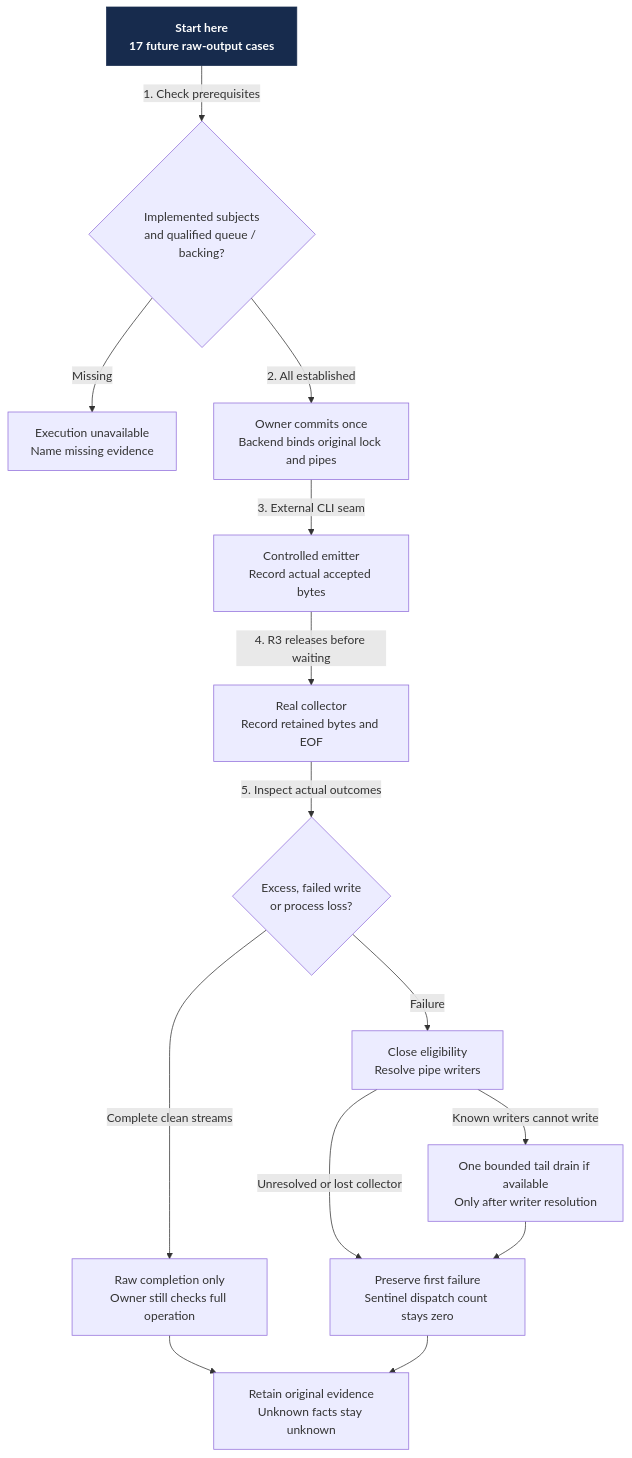
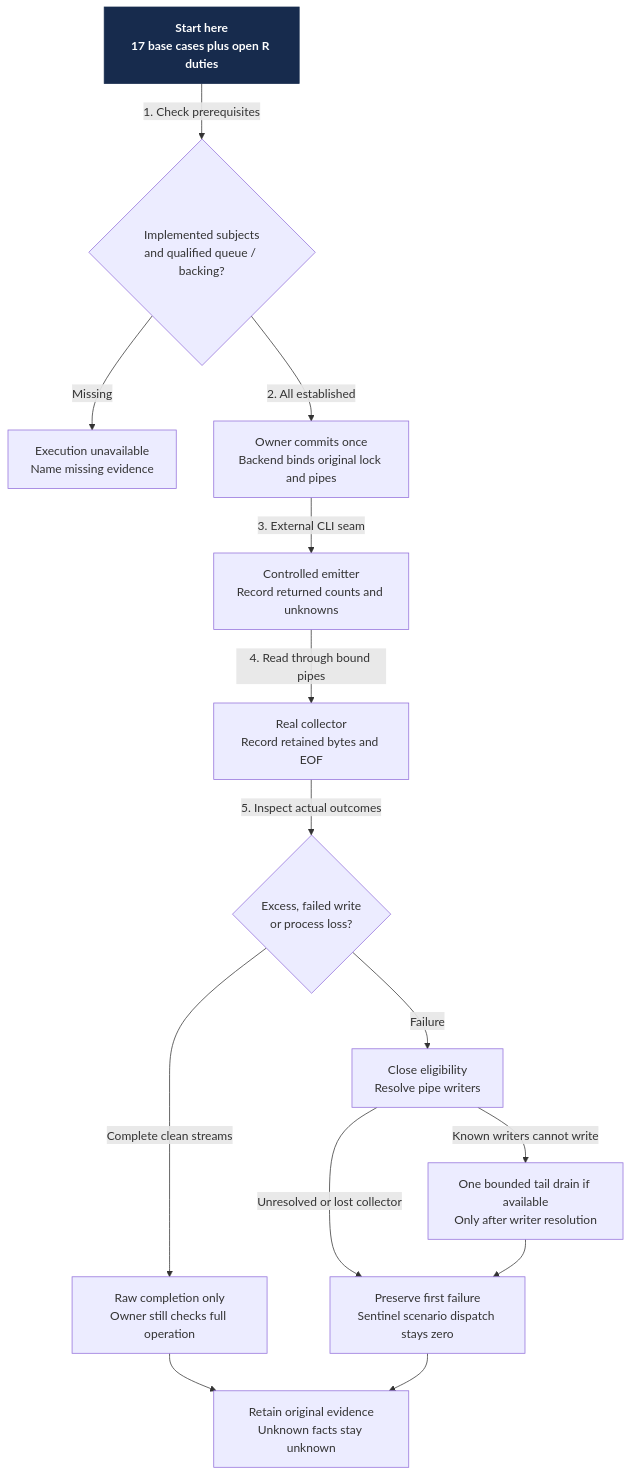
Before and after one commit to Linkuistics/Koine: the diagram in docs/design/architecture/settings-activation/keepalive-raw-controls.mmd, drawn with Mermaid. The commit also changed 9 other files, not shown here.

```diff
--- a/docs/design/architecture/settings-activation/keepalive-raw-controls.mmd
+++ b/docs/design/architecture/settings-activation/keepalive-raw-controls.mmd
@@ -1,27 +1,27 @@
 flowchart TD
-    entry["Start here<br/>17 future raw-output cases"]:::start
+    entry["Start here<br/>17 base cases plus open R duties"]:::start
     prerequisites{"Implemented subjects<br/>and qualified queue / backing?"}
     unavailable["Execution unavailable<br/>Name missing evidence"]
     bind["Owner commits once<br/>Backend binds original lock and pipes"]
-    emit["Controlled emitter<br/>Record actual accepted bytes"]
+    emit["Controlled emitter<br/>Record returned counts and unknowns"]
     capture["Real collector<br/>Record retained bytes and EOF"]
     fault{"Excess, failed write<br/>or process loss?"}
     contain["Close eligibility<br/>Resolve pipe writers"]
     tail["One bounded tail drain if available<br/>Only after writer resolution"]
     clean["Raw completion only<br/>Owner still checks full operation"]
-    refusal["Preserve first failure<br/>Sentinel dispatch count stays zero"]
+    refusal["Preserve first failure<br/>Sentinel scenario dispatch stays zero"]
     result["Retain original evidence<br/>Unknown facts stay unknown"]
     entry -->|"1. Check prerequisites"| prerequisites
     prerequisites -->|"Missing"| unavailable
     prerequisites -->|"2. All established"| bind
     bind -->|"3. External CLI seam"| emit
-    emit -->|"4. R3 releases before waiting"| capture
+    emit -->|"4. Read through bound pipes"| capture
     capture -->|"5. Inspect actual outcomes"| fault
     fault -->|"Failure"| contain
     contain -->|"Known writers cannot write"| tail
     contain -->|"Unresolved or lost collector"| refusal
     tail --> refusal
     fault -->|"Complete clean streams"| clean
     clean --> result
     refusal --> result
     classDef start fill:#172b4d,color:#fff,stroke:#172b4d,font-weight:bold
```
